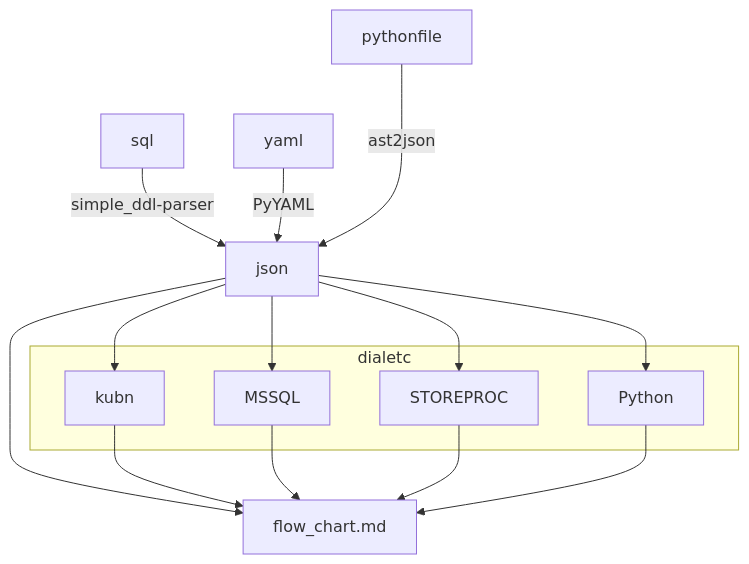
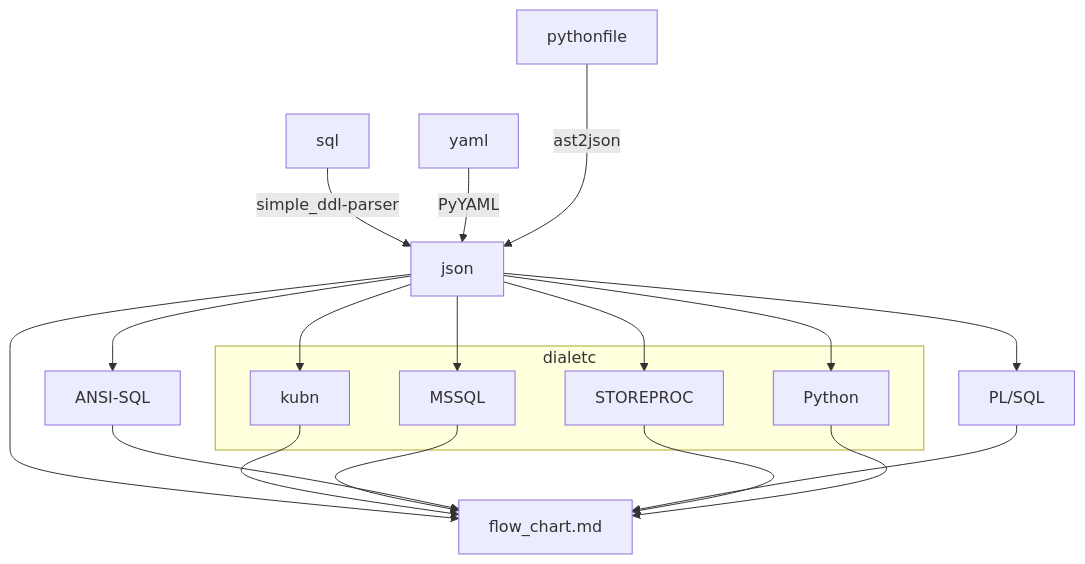
One commit to hung135/mermaid-map changed the diagram in todo.md. Above: the diagram before and after it, drawn with Mermaid.

````diff
--- a/todo.md
+++ b/todo.md
@@ -1,22 +1,25 @@
 ```mermaid
 graph TD
     subgraph dialetc
      kubn
      MSSQL
      STOREPROC
      Python
     end
      
 
 json-->flow_chart.md
 sql-->|simple_ddl-parser|json
 yaml-->|PyYAML|json
 pythonfile--->|ast2json|json
     json-->kubn-->flow_chart.md
-    json-->MSSQL-->flow_chart.md
+    json-->MSSQL-->flow_chart.md    
+    json-->ANSI-SQL-->flow_chart.md
+    json-->PL/SQL-->flow_chart.md
+    
     json-->STOREPROC-->flow_chart.md
     json-->Python-->flow_chart.md
 
  
 
 ```
````
